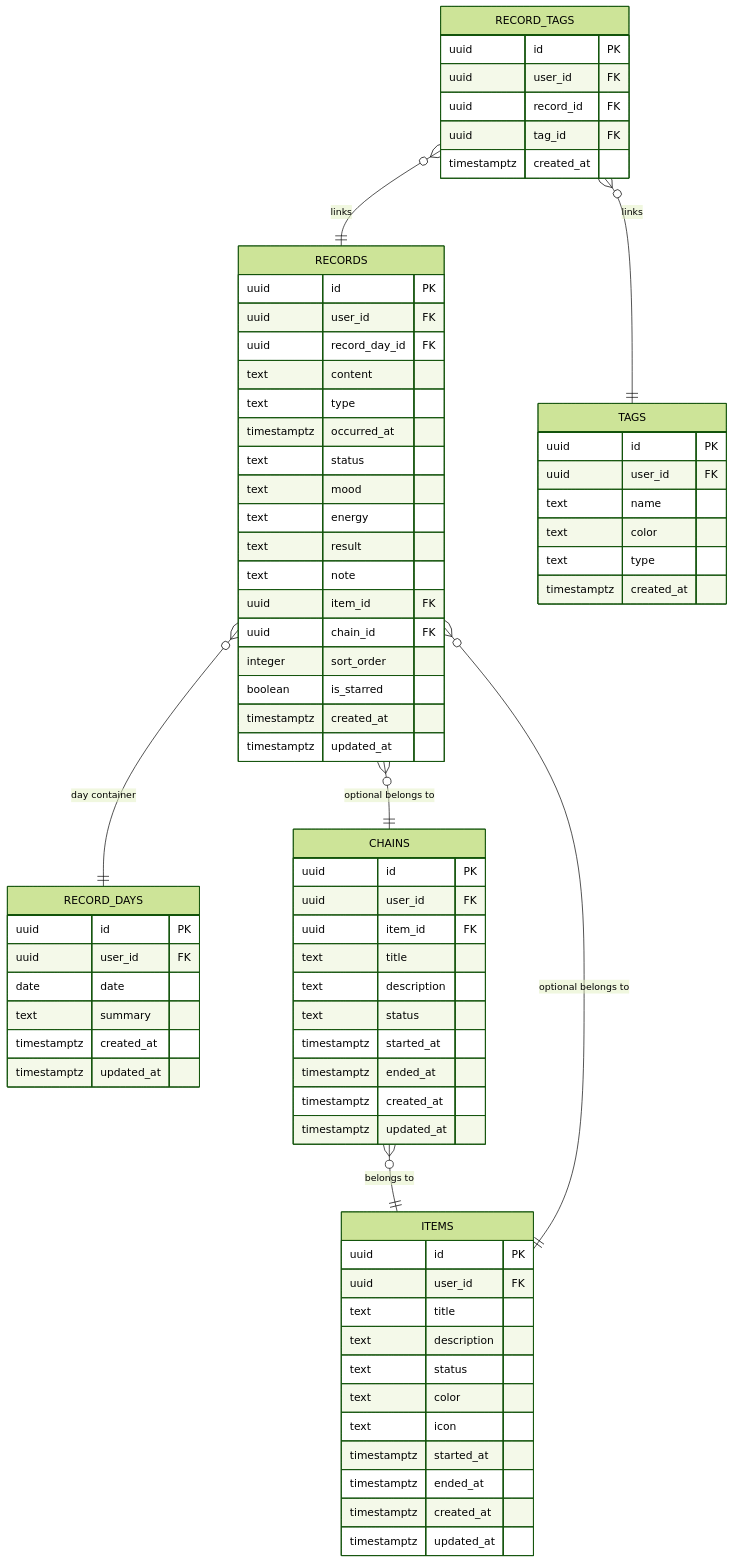
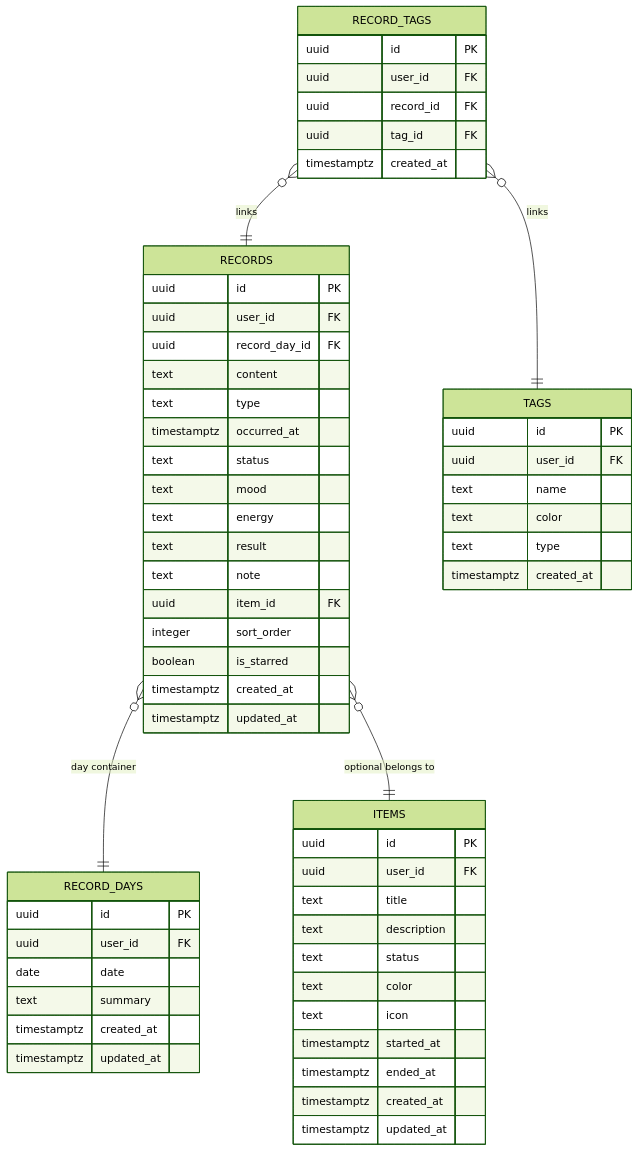
One commit to bbong1234/TETO changed the third of 7 diagrams in .qoder/repowiki/zh/content/系统架构/数据库架构.md. Above: the diagram before and after it, drawn with Mermaid (forest theme). The commit also changed other lines of this file and 10 other files, not shown here.

````diff
--- a/.qoder/repowiki/zh/content/系统架构/数据库架构.md
+++ b/.qoder/repowiki/zh/content/系统架构/数据库架构.md
@@ -160,76 +205,61 @@
 ```mermaid
 erDiagram
 RECORD_DAYS {
 uuid id PK
 uuid user_id FK
 date date
 text summary
 timestamptz created_at
 timestamptz updated_at
 }
 ITEMS {
 uuid id PK
 uuid user_id FK
 text title
 text description
 text status
 text color
 text icon
 timestamptz started_at
 timestamptz ended_at
 timestamptz created_at
 timestamptz updated_at
 }
-CHAINS {
-uuid id PK
-uuid user_id FK
-uuid item_id FK
-text title
-text description
-text status
-timestamptz started_at
-timestamptz ended_at
-timestamptz created_at
-timestamptz updated_at
-}
 RECORDS {
 uuid id PK
 uuid user_id FK
 uuid record_day_id FK
 text content
 text type
 timestamptz occurred_at
 text status
 text mood
 text energy
 text result
 text note
 uuid item_id FK
-uuid chain_id FK
 integer sort_order
 boolean is_starred
 timestamptz created_at
 timestamptz updated_at
 }
 TAGS {
 uuid id PK
 uuid user_id FK
 text name
 text color
 text type
 timestamptz created_at
 }
 RECORD_TAGS {
 uuid id PK
 uuid user_id FK
 uuid record_id FK
 uuid tag_id FK
 timestamptz created_at
 }
 RECORDS }o--|| RECORD_DAYS : "day container"
-CHAINS }o--|| ITEMS : "belongs to"
 RECORDS }o--|| ITEMS : "optional belongs to"
-RECORDS }o--|| CHAINS : "optional belongs to"
 RECORD_TAGS }o--|| RECORDS : "links"
 RECORD_TAGS }o--|| TAGS : "links"
 ```
````
